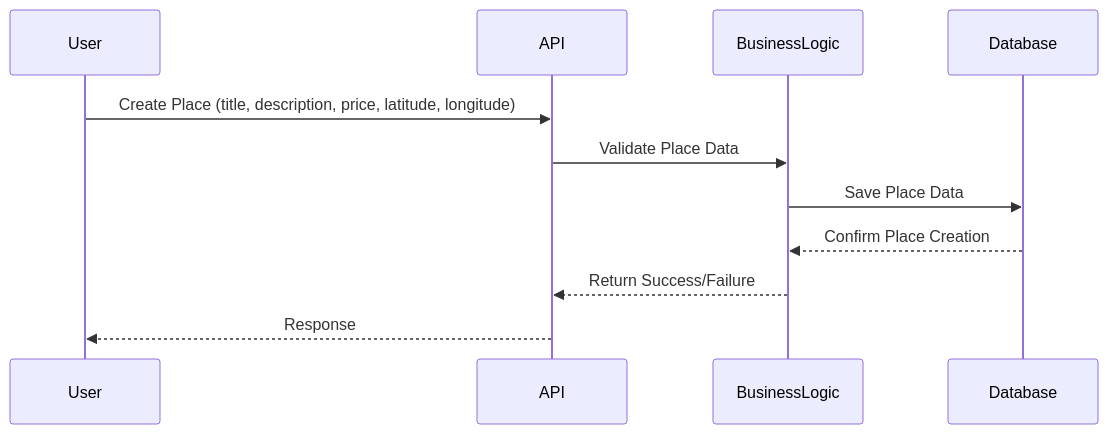
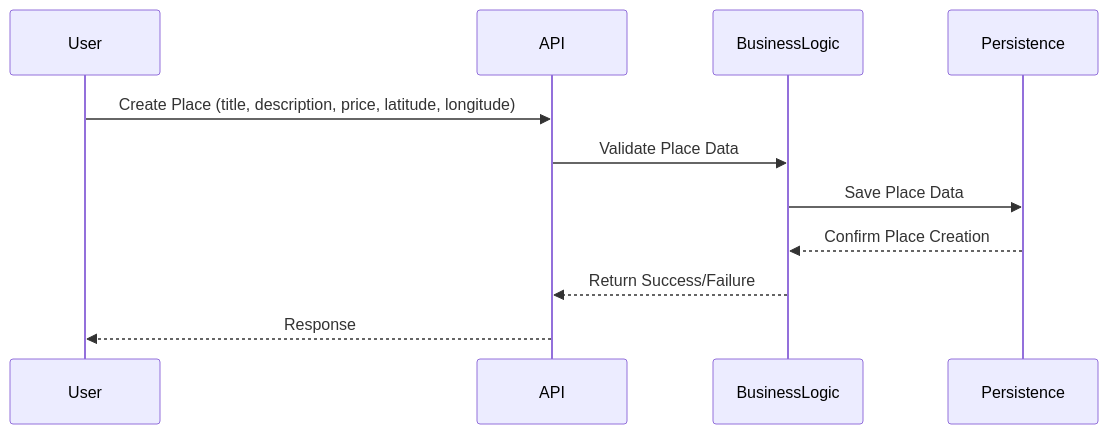
The fourth of 6 diagrams in Part1_UML/README.md (SDINAHET/HBnB), drawn with Mermaid before and after one commit. The commit also changed other lines of this file and 1 other file, not shown here.

````diff
--- a/Part1_UML/README.md
+++ b/Part1_UML/README.md
@@ -217,14 +217,14 @@
 ```mermaid
 sequenceDiagram
 participant User
 participant API
 participant BusinessLogic
-participant Database
+participant Persistence
 
 User->>API: Create Place (title, description, price, latitude, longitude)
 API->>BusinessLogic: Validate Place Data
-BusinessLogic->>Database: Save Place Data
-Database-->>BusinessLogic: Confirm Place Creation
+BusinessLogic->>Persistence: Save Place Data
+Persistence-->>BusinessLogic: Confirm Place Creation
 BusinessLogic-->>API: Return Success/Failure
 API-->>User: Response
 ```
````
